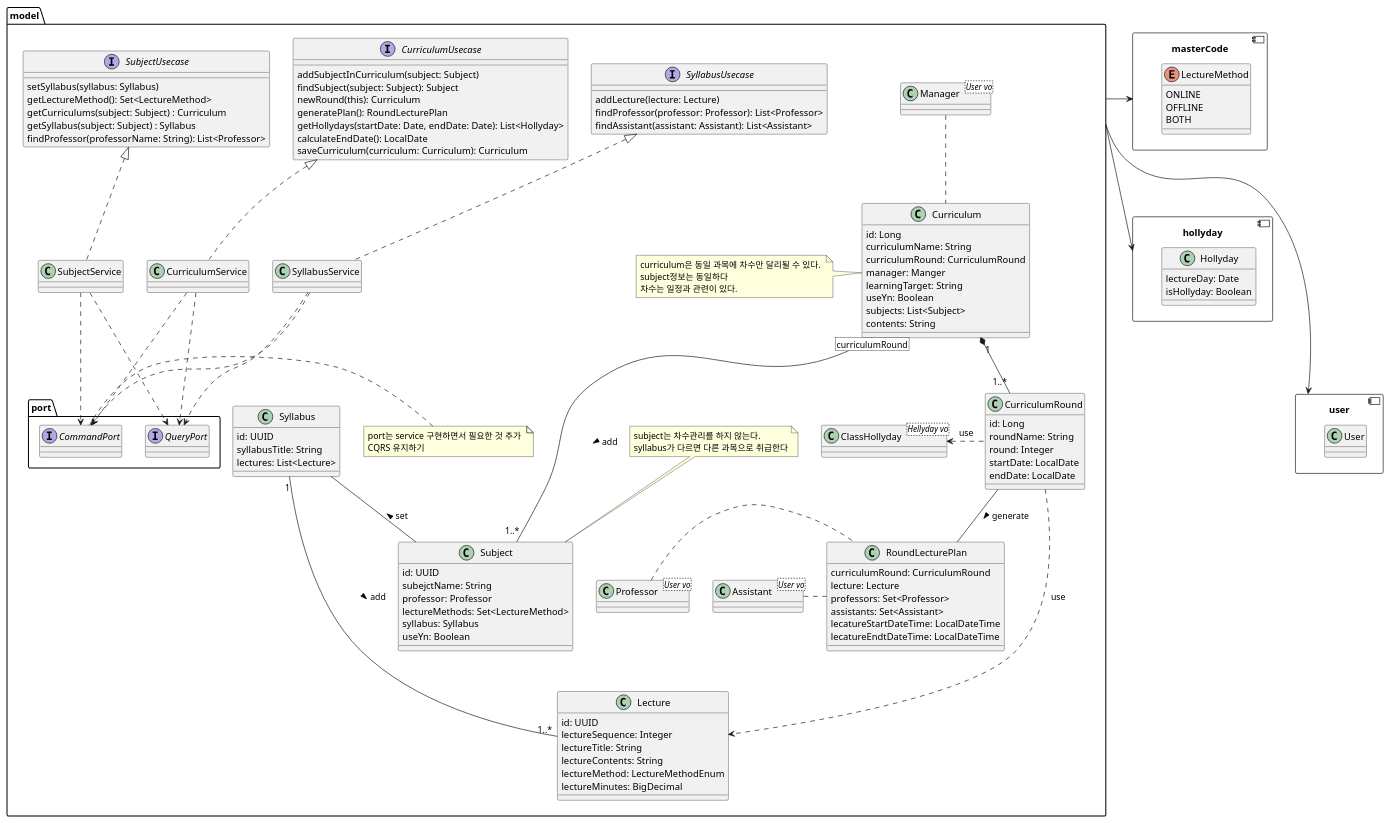
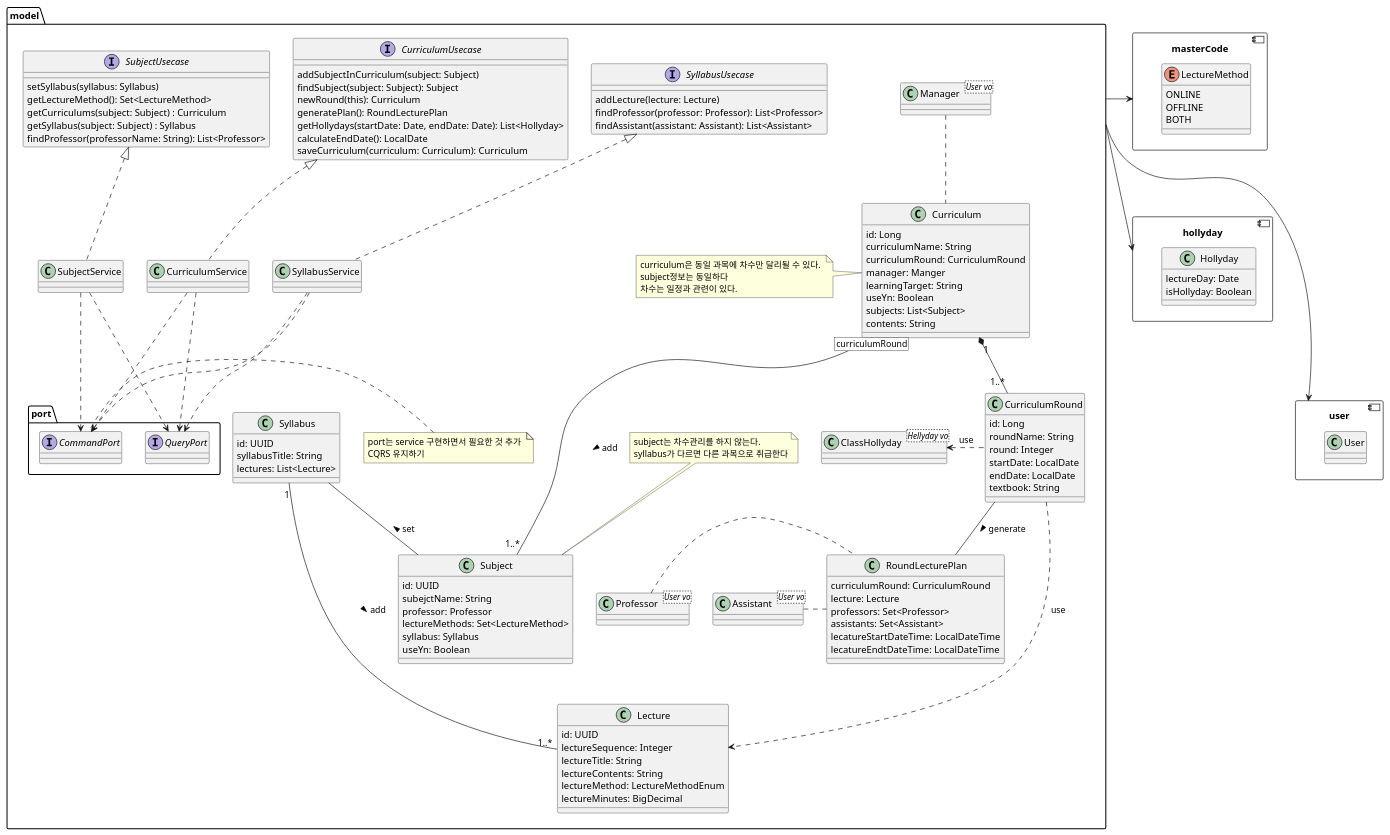
Before and after one commit to ohhoonim/lms: the diagram in src/main/java/dev/ohhoonim/lms/domain/learningCourses/design/model.md, drawn with PlantUML. The commit also changed 8 other files, not shown here.

```diff
--- a/src/main/java/dev/ohhoonim/lms/domain/learningCourses/design/model.md
+++ b/src/main/java/dev/ohhoonim/lms/domain/learningCourses/design/model.md
@@ -31,6 +31,7 @@
         round: Integer
         startDate: LocalDate
         endDate: LocalDate
+        textbook: String
         
     }
 
```
